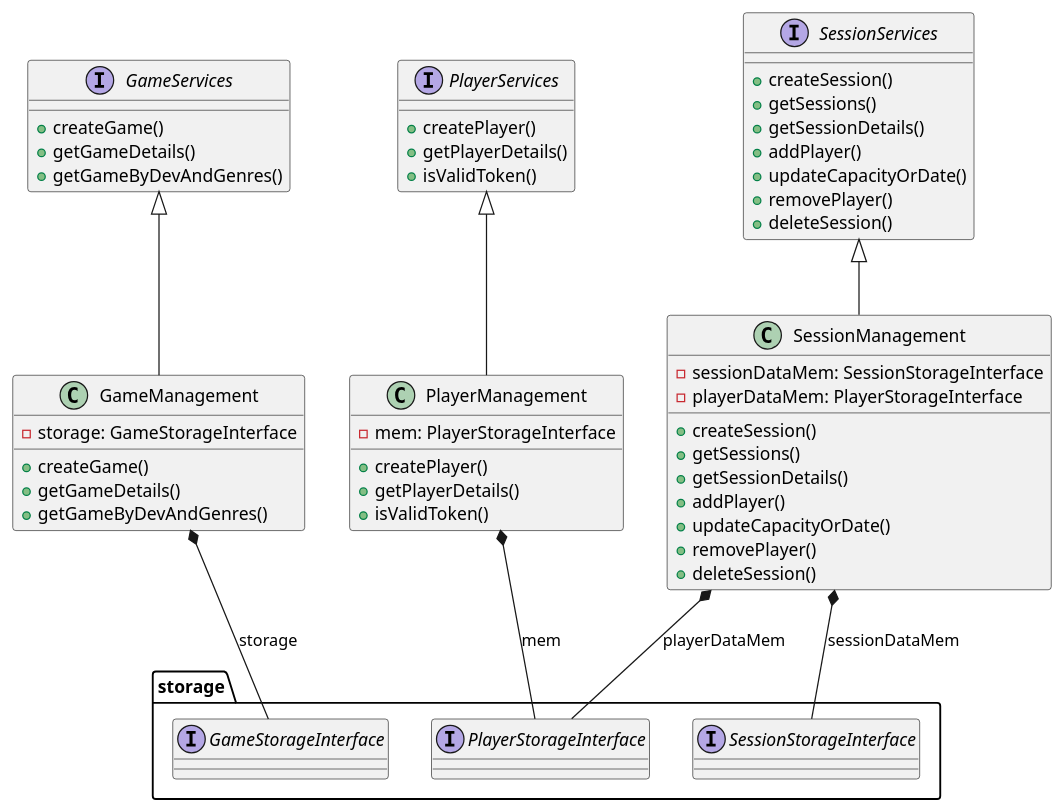
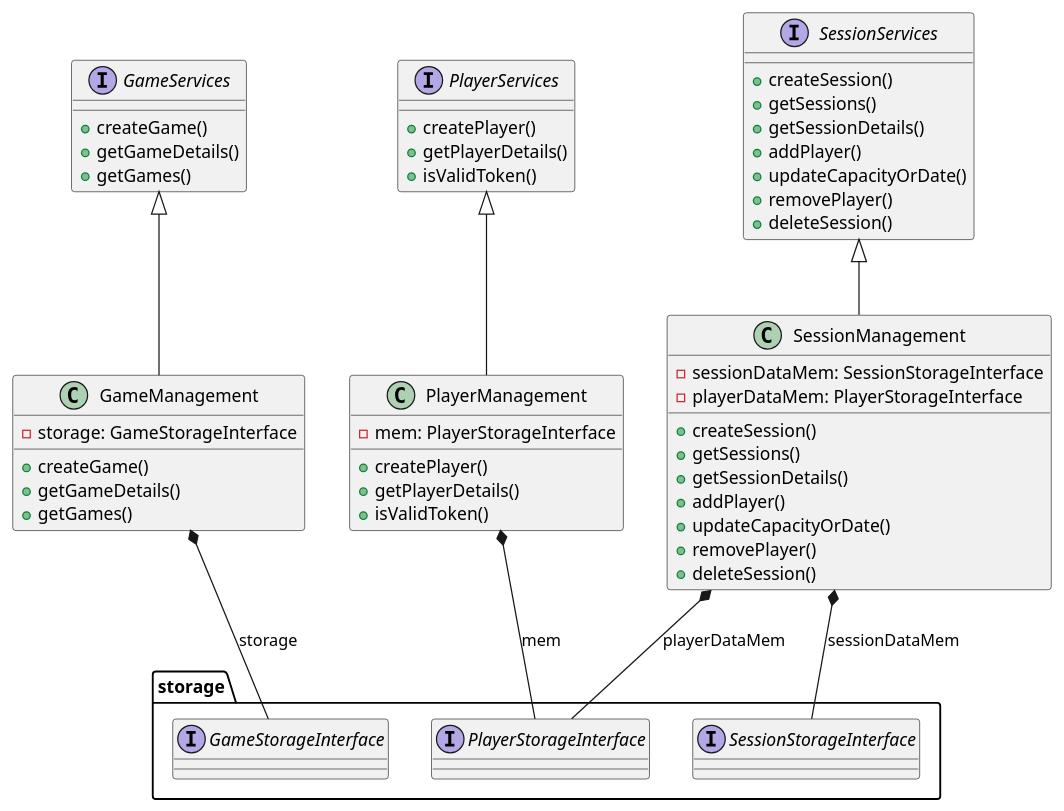
One commit to Thuzys/Session_Control changed the diagram in phase3/src/main/kotlin/pt/isel/ls/services/ServicesDiagram.puml. Above: the diagram before and after it, drawn with PlantUML. The commit also changed 11 other files, not shown here.

```diff
--- a/phase3/src/main/kotlin/pt/isel/ls/services/ServicesDiagram.puml
+++ b/phase3/src/main/kotlin/pt/isel/ls/services/ServicesDiagram.puml
@@ -1,69 +1,69 @@
 @startuml
 'https://plantuml.com/sequence-diagram
 
 interface GameServices {
     +createGame()
     +getGameDetails()
-    +getGameByDevAndGenres()
+    +getGames()
 }
 
 interface PlayerServices {
     +createPlayer()
     +getPlayerDetails()
     +isValidToken()
 }
 
 interface SessionServices {
     + createSession()
     + getSessions()
     + getSessionDetails()
     + addPlayer()
     + updateCapacityOrDate()
     + removePlayer()
     + deleteSession()
 }
 
 class GameManagement {
     +createGame()
     +getGameDetails()
-    +getGameByDevAndGenres()
+    +getGames()
     -storage: GameStorageInterface
 }
 
 class PlayerManagement {
     +createPlayer()
     +getPlayerDetails()
     +isValidToken()
     -mem: PlayerStorageInterface
 }
 
 class SessionManagement {
     + createSession()
     + getSessions()
     + getSessionDetails()
     + addPlayer()
     + updateCapacityOrDate()
     + removePlayer()
     + deleteSession()
     -sessionDataMem: SessionStorageInterface
     -playerDataMem: PlayerStorageInterface
 }
 
 GameServices <|-- GameManagement
 PlayerServices <|-- PlayerManagement
 SessionServices <|-- SessionManagement
 
 package storage {
    interface GameStorageInterface
    interface PlayerStorageInterface
    interface SessionStorageInterface
 
 }
 
 GameManagement *-- storage.GameStorageInterface : storage
 PlayerManagement *-- storage.PlayerStorageInterface : mem
 SessionManagement *-- storage.SessionStorageInterface : sessionDataMem
 SessionManagement *-- storage.PlayerStorageInterface : playerDataMem
 
 
 @enduml
```
